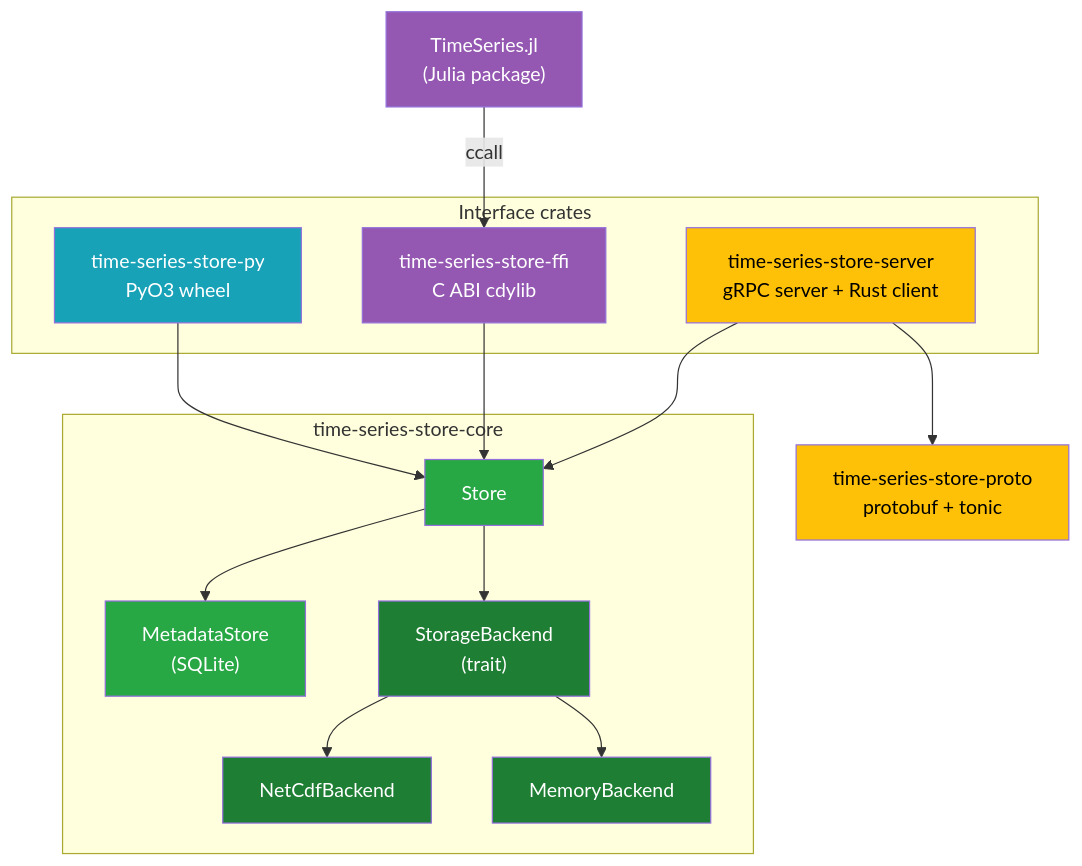
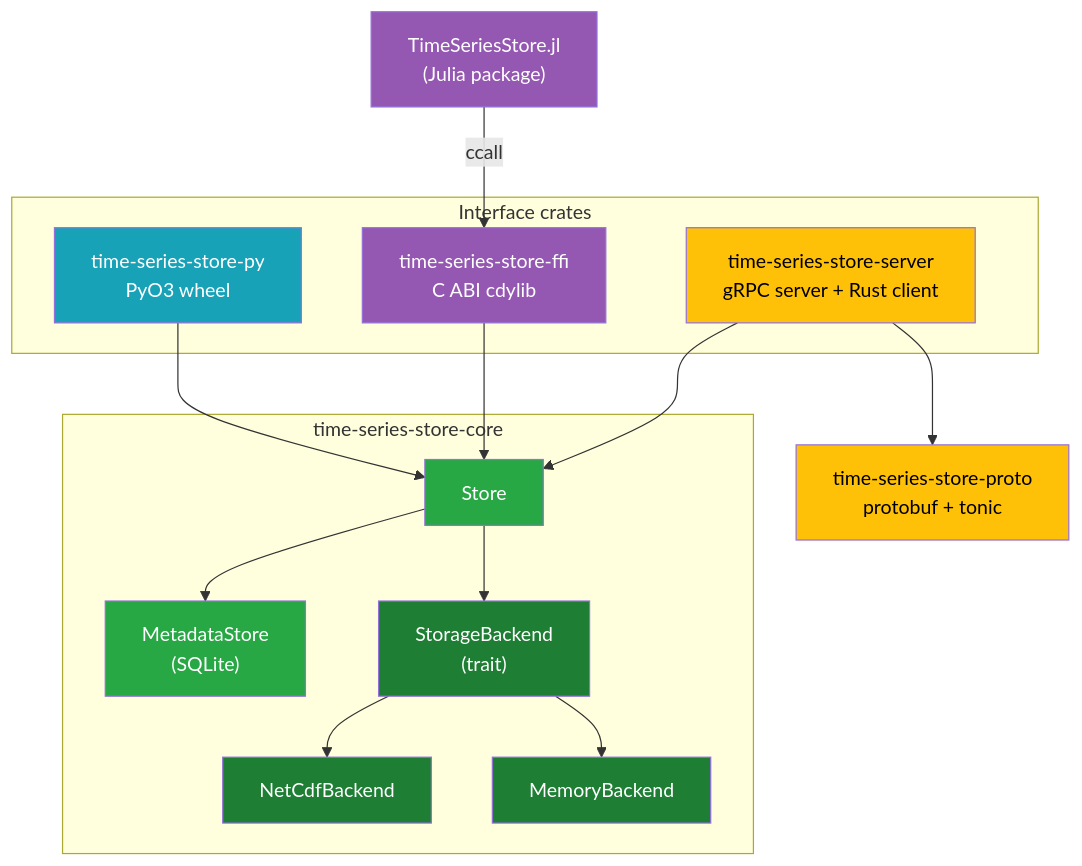
The first of 3 diagrams in docs/src/explanation/architecture.md (NatLabRockies/infrastore), drawn with Mermaid before and after one commit. The commit also changed other lines of this file and 21 other files, not shown here.

````diff
--- a/docs/src/explanation/architecture.md
+++ b/docs/src/explanation/architecture.md
@@ -10,40 +10,40 @@
 ```mermaid
 flowchart TB
     subgraph ifaces["Interface crates"]
         PY["time-series-store-py<br/>PyO3 wheel"]
         FFI["time-series-store-ffi<br/>C ABI cdylib"]
         SRV["time-series-store-server<br/>gRPC server + Rust client"]
     end
 
-    JL["TimeSeries.jl<br/>(Julia package)"]
+    JL["TimeSeriesStore.jl<br/>(Julia package)"]
     PROTO["time-series-store-proto<br/>protobuf + tonic"]
 
     subgraph core["time-series-store-core"]
         STORE["Store"]
         META["MetadataStore<br/>(SQLite)"]
         BACK["StorageBackend<br/>(trait)"]
         NC["NetCdfBackend"]
         MEM["MemoryBackend"]
         STORE --> META
         STORE --> BACK
         BACK --> NC
         BACK --> MEM
     end
 
     PY --> STORE
     FFI --> STORE
     SRV --> STORE
     JL -->|"ccall"| FFI
     SRV --> PROTO
 
     style STORE fill:#28a745,color:#fff
     style META fill:#28a745,color:#fff
     style BACK fill:#1e7e34,color:#fff
     style NC fill:#1e7e34,color:#fff
     style MEM fill:#1e7e34,color:#fff
     style PY fill:#17a2b8,color:#fff
     style FFI fill:#9558b2,color:#fff
     style JL fill:#9558b2,color:#fff
     style SRV fill:#ffc107,color:#000
     style PROTO fill:#ffc107,color:#000
 ```
````
